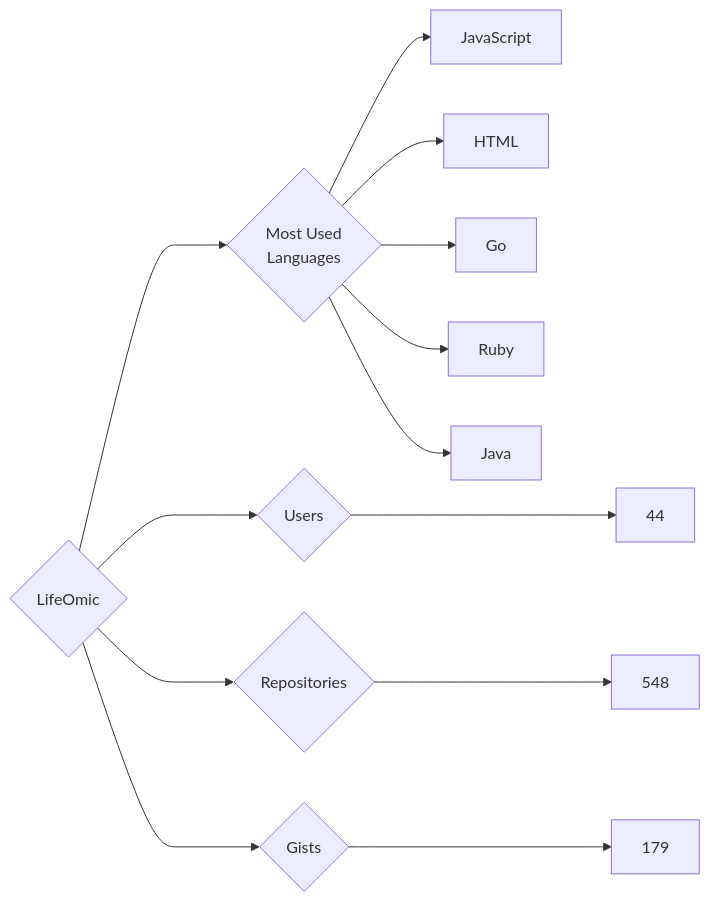
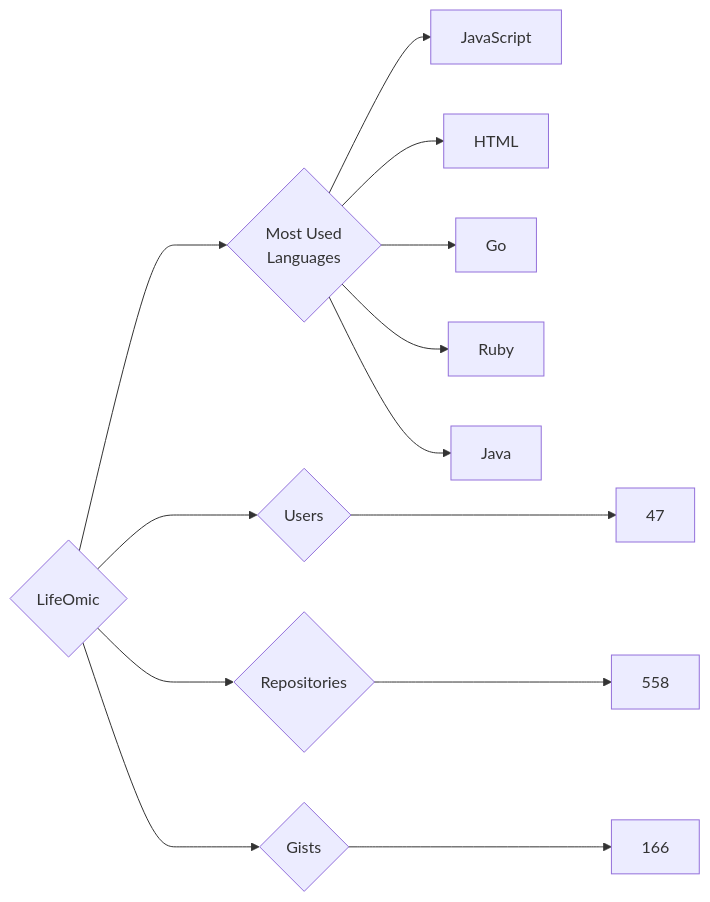
The diagram in targets/LifeOmic/README.md (trickest/insiders), drawn with Mermaid before and after one commit. The commit also changed 903 other files, not shown here.

````diff
--- a/targets/LifeOmic/README.md
+++ b/targets/LifeOmic/README.md
@@ -3,13 +3,13 @@
 ```mermaid
 graph LR
 COMPANY_NAME{LifeOmic}
-COMPANY_NAME ---> U{Users} ---> UN[44]
-COMPANY_NAME ---> R{Repositories} ---> RN[548]
-COMPANY_NAME ---> G{Gists} ---> GN[179]
+COMPANY_NAME ---> U{Users} ---> UN[47]
+COMPANY_NAME ---> R{Repositories} ---> RN[558]
+COMPANY_NAME ---> G{Gists} ---> GN[166]
 COMPANY_NAME ---> ML{Most Used<br>Languages}
 ML --> JavaScript[JavaScript]
 ML --> HTML[HTML]
 ML --> Go[Go]
 ML --> Ruby[Ruby]
 ML --> Java[Java]
 ```
````
